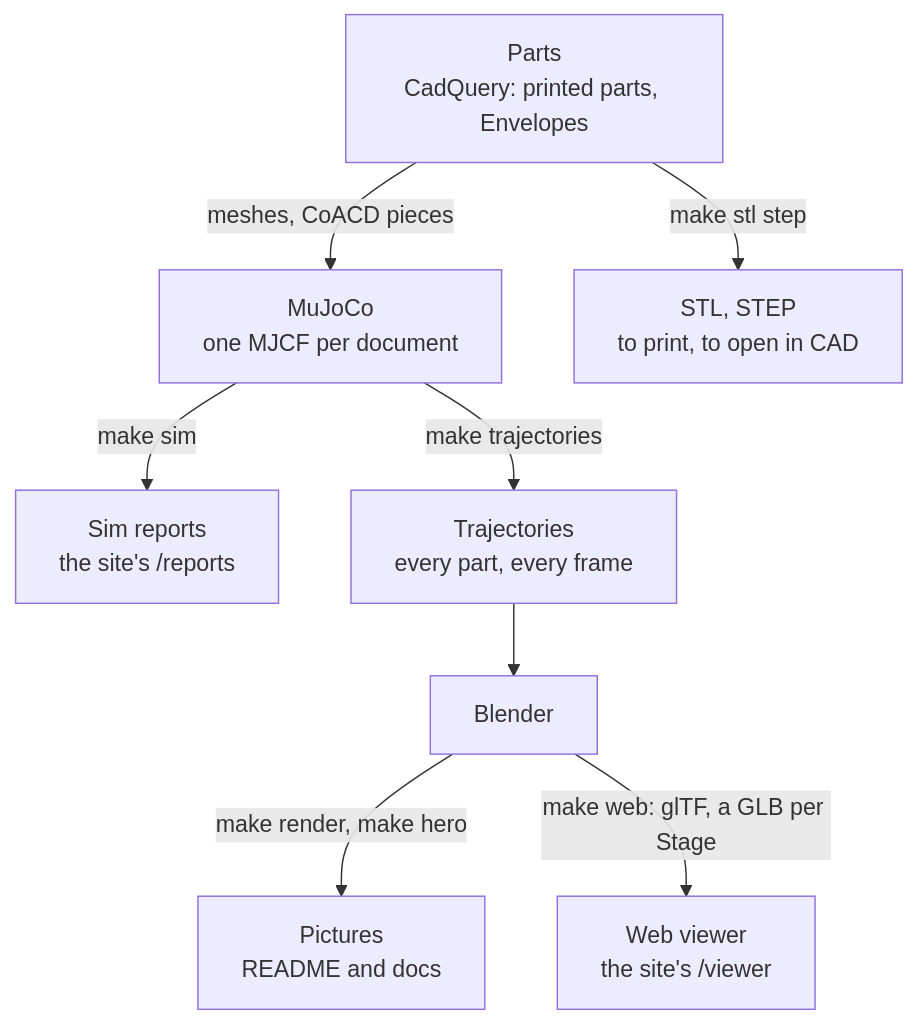
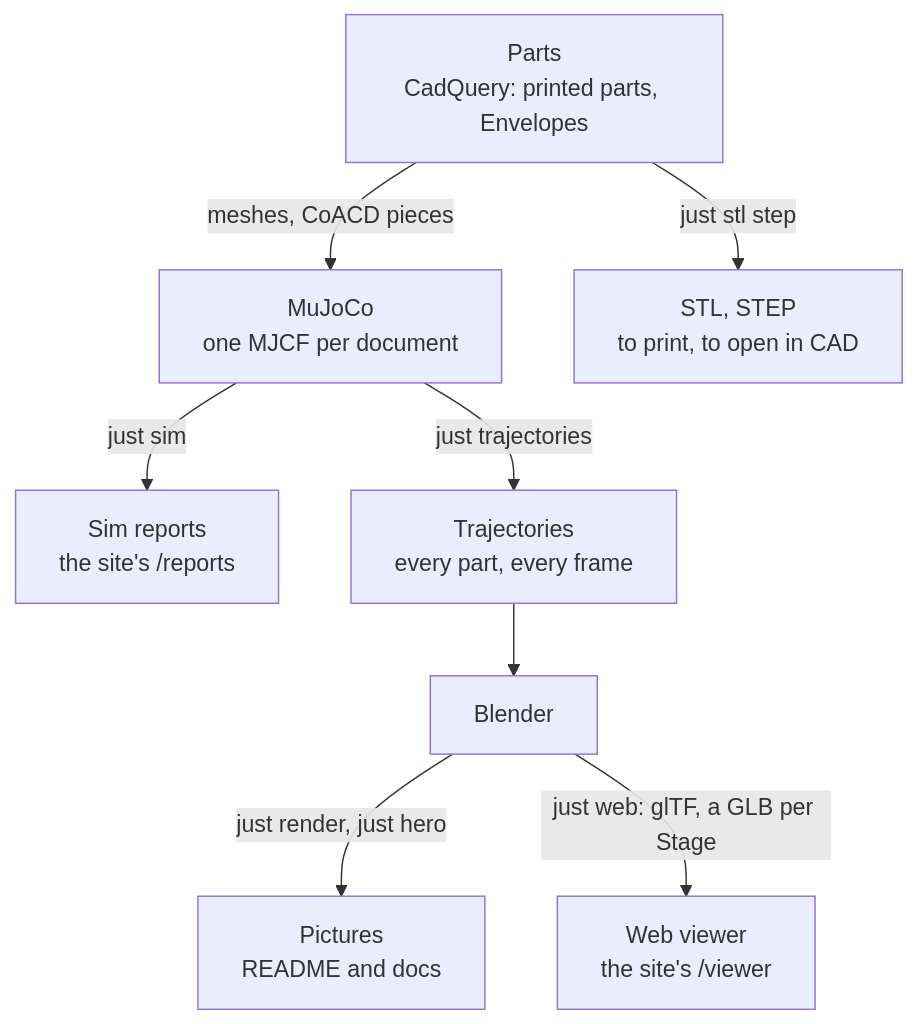
The fourth of 4 diagrams in docs/how-it-works.md (yellow-pine/noggin), drawn with Mermaid before and after one commit. The commit also changed 78 other files, not shown here.

````diff
--- a/docs/how-it-works.md
+++ b/docs/how-it-works.md
@@ -87,17 +87,17 @@
 ```mermaid
 ---
 config:
   layout: dagre
   look: classic
 ---
 flowchart TB
     accTitle: The model's pipeline
     accDescr: Our CadQuery parts and hardware Envelopes become MuJoCo models, one per document. MuJoCo writes the sim reports and plays each gesture into Trajectories, from which Blender renders the pictures and the web viewer's GLB per Stage. The parts also export as STL and STEP files.
     P["Parts<br/>CadQuery: printed parts, Envelopes"] -- "meshes, CoACD pieces" --> M["MuJoCo<br/>one MJCF per document"]
-    P -- "make stl step" --> F["STL, STEP<br/>to print, to open in CAD"]
-    M -- "make sim" --> R["Sim reports<br/>the site's /reports"]
-    M -- "make trajectories" --> T["Trajectories<br/>every part, every frame"]
+    P -- "just stl step" --> F["STL, STEP<br/>to print, to open in CAD"]
+    M -- "just sim" --> R["Sim reports<br/>the site's /reports"]
+    M -- "just trajectories" --> T["Trajectories<br/>every part, every frame"]
     T --> B["Blender"]
-    B -- "make render, make hero" --> I["Pictures<br/>README and docs"]
-    B -- "make web: glTF, a GLB per Stage" --> W["Web viewer<br/>the site's /viewer"]
+    B -- "just render, just hero" --> I["Pictures<br/>README and docs"]
+    B -- "just web: glTF, a GLB per Stage" --> W["Web viewer<br/>the site's /viewer"]
 ```
````
